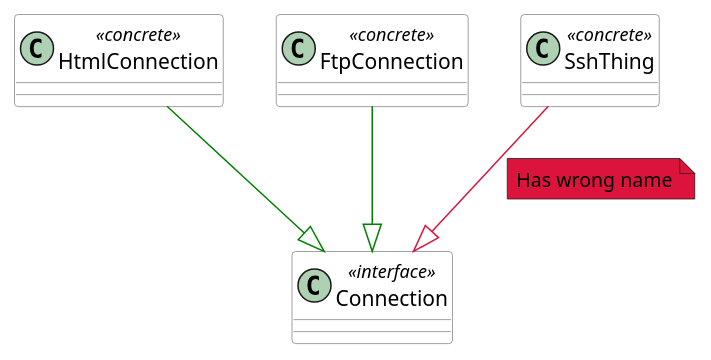
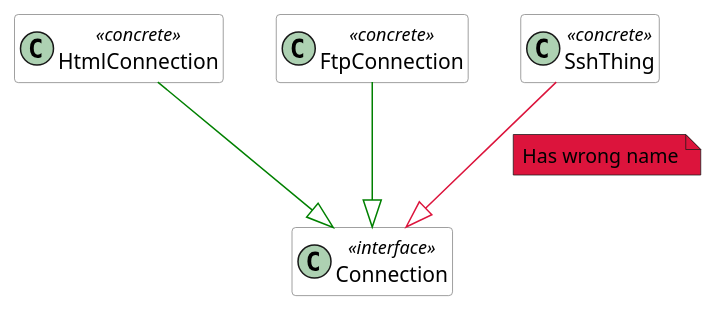
The fifth of 9 diagrams in userguide/004_What_to_Check.adoc (TNG/ArchUnit), drawn with PlantUML before and after one commit. The commit also changed other lines of this file and 53 other files, not shown here.

```diff
--- a/userguide/004_What_to_Check.adoc
+++ b/userguide/004_What_to_Check.adoc
@@ -116,25 +123,28 @@
-[plantuml, "inheritance-naming-check"]
+[plantuml, "inheritance-naming-check", svg, opts=interactive]
 ----
+@startuml
+hide empty members
 skinparam componentStyle uml2
 
 skinparam component {
   BorderColor #grey
   BackgroundColor #white
 }
 
 skinparam class {
   BorderColor #grey
   BackgroundColor #white
 }
 
 class Connection <<interface>>
 class HtmlConnection <<concrete>>
 class FtpConnection <<concrete>>
 class SshThing <<concrete>>
 
 HtmlConnection --|> Connection #green
 FtpConnection --|> Connection #green
 SshThing --|> Connection #crimson
 
 note right on link #crimson: Has wrong name
+@enduml
 ----
```
